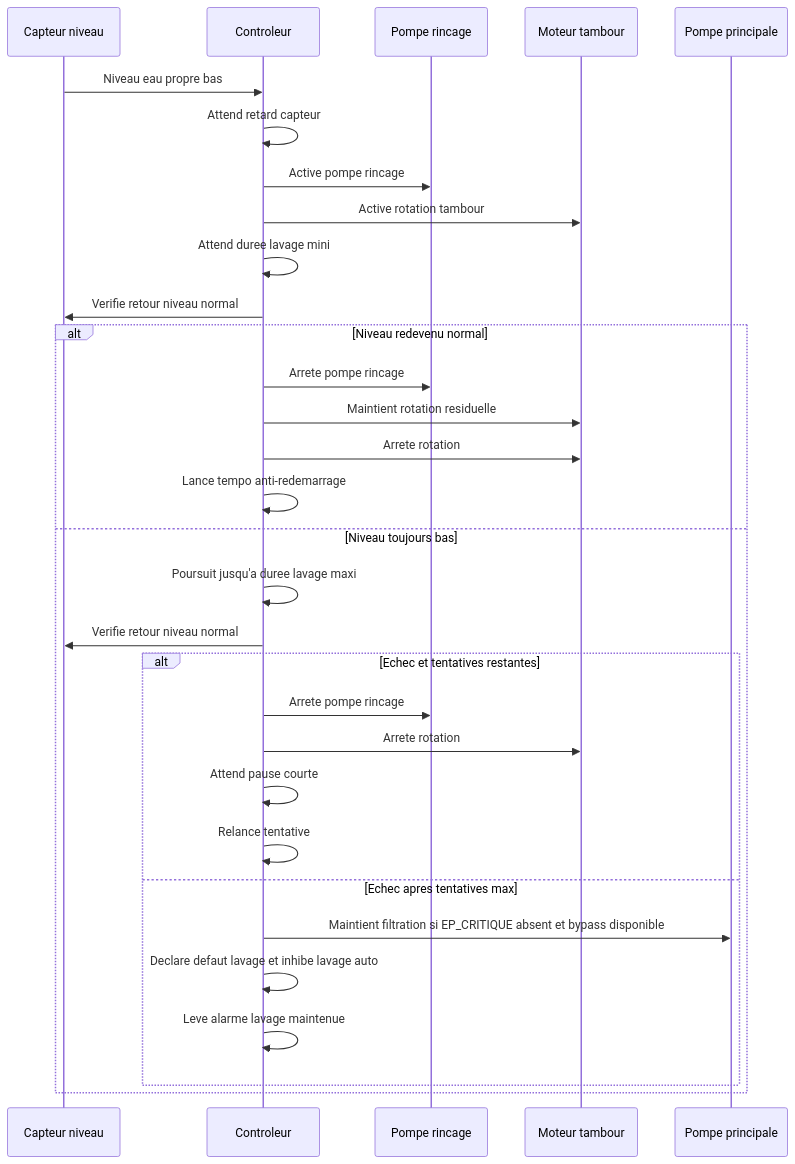
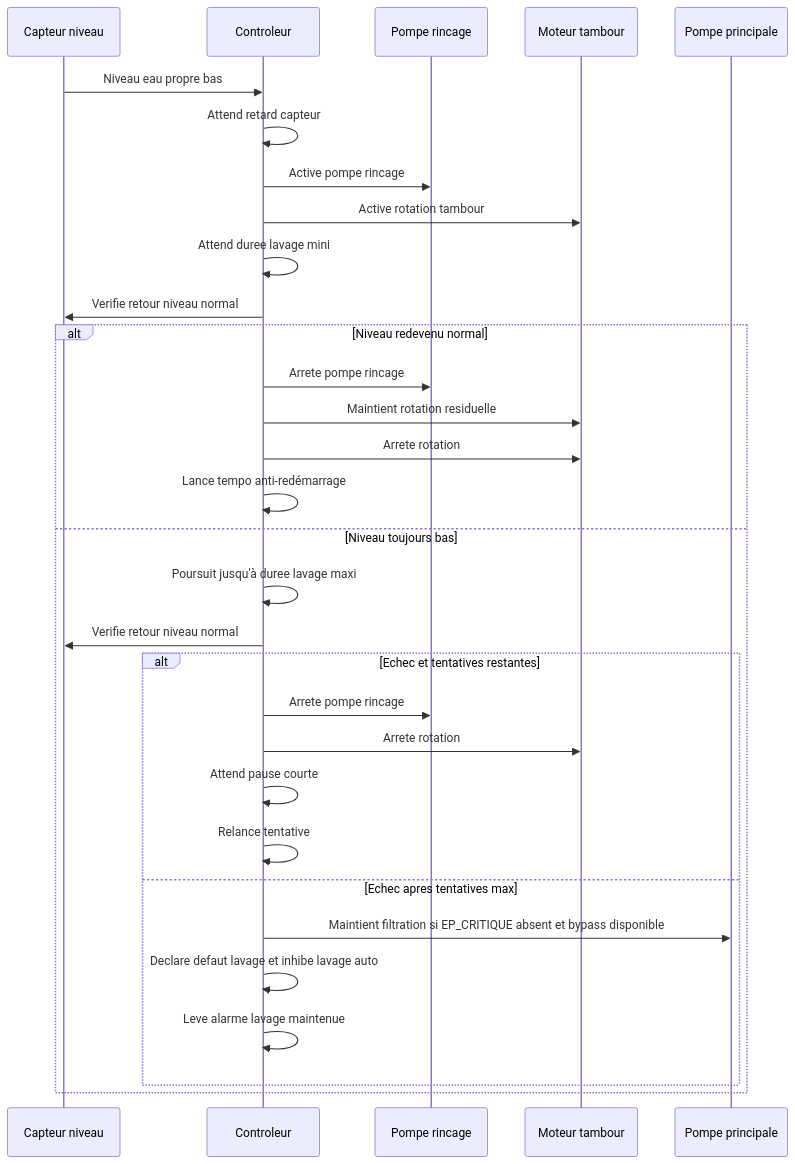
The first of 3 diagrams in docs/specification/02-exigences-fonctionnelles.md (elbuey76/DrumFilterController), drawn with Mermaid before and after one commit. The commit also changed other lines of this file and 23 other files, not shown here.

````diff
--- a/docs/specification/02-exigences-fonctionnelles.md
+++ b/docs/specification/02-exigences-fonctionnelles.md
@@ -649,34 +649,34 @@
 ```mermaid
 sequenceDiagram
     participant C as Capteur niveau
     participant Ctrl as Controleur
     participant P as Pompe rincage
     participant M as Moteur tambour
     participant PF as Pompe principale
 
     C->>Ctrl: Niveau eau propre bas
     Ctrl->>Ctrl: Attend retard capteur
     Ctrl->>P: Active pompe rincage
     Ctrl->>M: Active rotation tambour
     Ctrl->>Ctrl: Attend duree lavage mini
     Ctrl->>C: Verifie retour niveau normal
     alt Niveau redevenu normal
         Ctrl->>P: Arrete pompe rincage
         Ctrl->>M: Maintient rotation residuelle
         Ctrl->>M: Arrete rotation
-        Ctrl->>Ctrl: Lance tempo anti-redemarrage
+        Ctrl->>Ctrl: Lance tempo anti-redémarrage
     else Niveau toujours bas
-        Ctrl->>Ctrl: Poursuit jusqu'a duree lavage maxi
+        Ctrl->>Ctrl: Poursuit jusqu'à duree lavage maxi
         Ctrl->>C: Verifie retour niveau normal
         alt Echec et tentatives restantes
             Ctrl->>P: Arrete pompe rincage
             Ctrl->>M: Arrete rotation
             Ctrl->>Ctrl: Attend pause courte
             Ctrl->>Ctrl: Relance tentative
         else Echec apres tentatives max
             Ctrl->>PF: Maintient filtration si EP_CRITIQUE absent et bypass disponible
             Ctrl->>Ctrl: Declare defaut lavage et inhibe lavage auto
             Ctrl->>Ctrl: Leve alarme lavage maintenue
         end
     end
 ```
````
